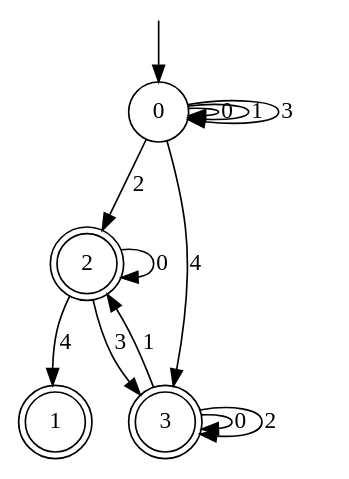
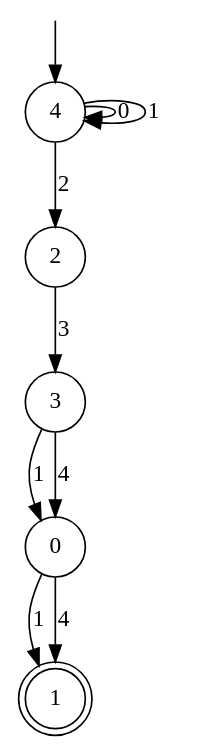
The diagram in automaton_to_regex/automaton.dot (xinqin23/ShapeIt), drawn with Graphviz before and after one commit. The commit also changed 5 other files, not shown here.

```diff
--- a/automaton_to_regex/automaton.dot
+++ b/automaton_to_regex/automaton.dot
@@ -1,22 +1,20 @@
 digraph g {
 
 	s0 [shape="circle" label="0"];
 	s1 [shape="doublecircle" label="1"];
-	s2 [shape="doublecircle" label="2"];
-	s3 [shape="doublecircle" label="3"];
-	s0 -> s0 [label="0"];
-	s0 -> s0 [label="1"];
-	s0 -> s2 [label="2"];
-	s0 -> s0 [label="3"];
-	s0 -> s3 [label="4"];
-	s2 -> s2 [label="0"];
+	s2 [shape="circle" label="2"];
+	s3 [shape="circle" label="3"];
+	s4 [shape="circle" label="4"];
+	s0 -> s1 [label="1"];
+	s0 -> s1 [label="4"];
 	s2 -> s3 [label="3"];
-	s2 -> s1 [label="4"];
-	s3 -> s3 [label="0"];
-	s3 -> s2 [label="1"];
-	s3 -> s3 [label="2"];
+	s3 -> s0 [label="1"];
+	s3 -> s0 [label="4"];
+	s4 -> s4 [label="0"];
+	s4 -> s4 [label="1"];
+	s4 -> s2 [label="2"];
 
 __start0 [label="" shape="none" width="0" height="0"];
-__start0 -> s0;
+__start0 -> s4;
 
 }
```
